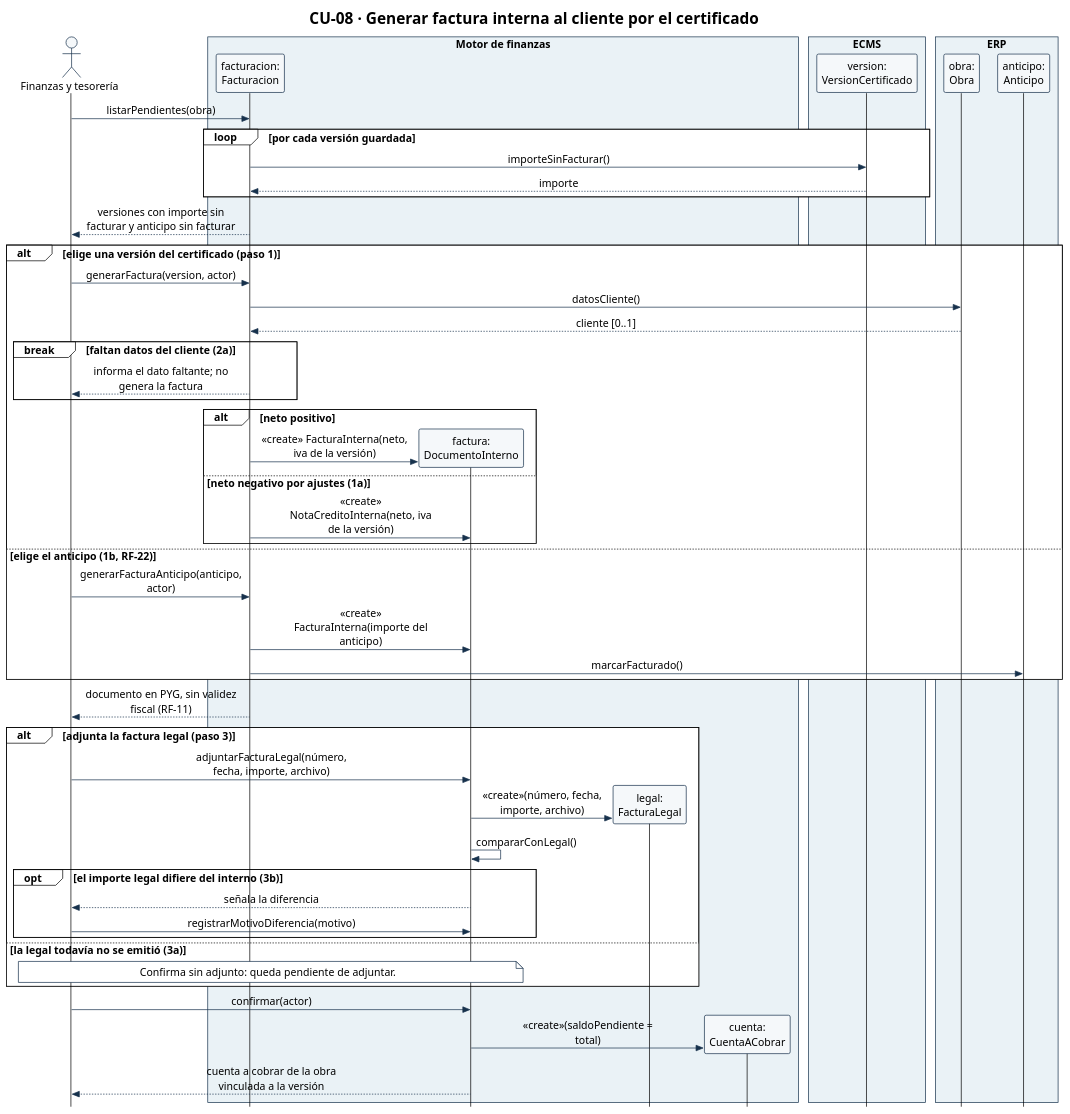
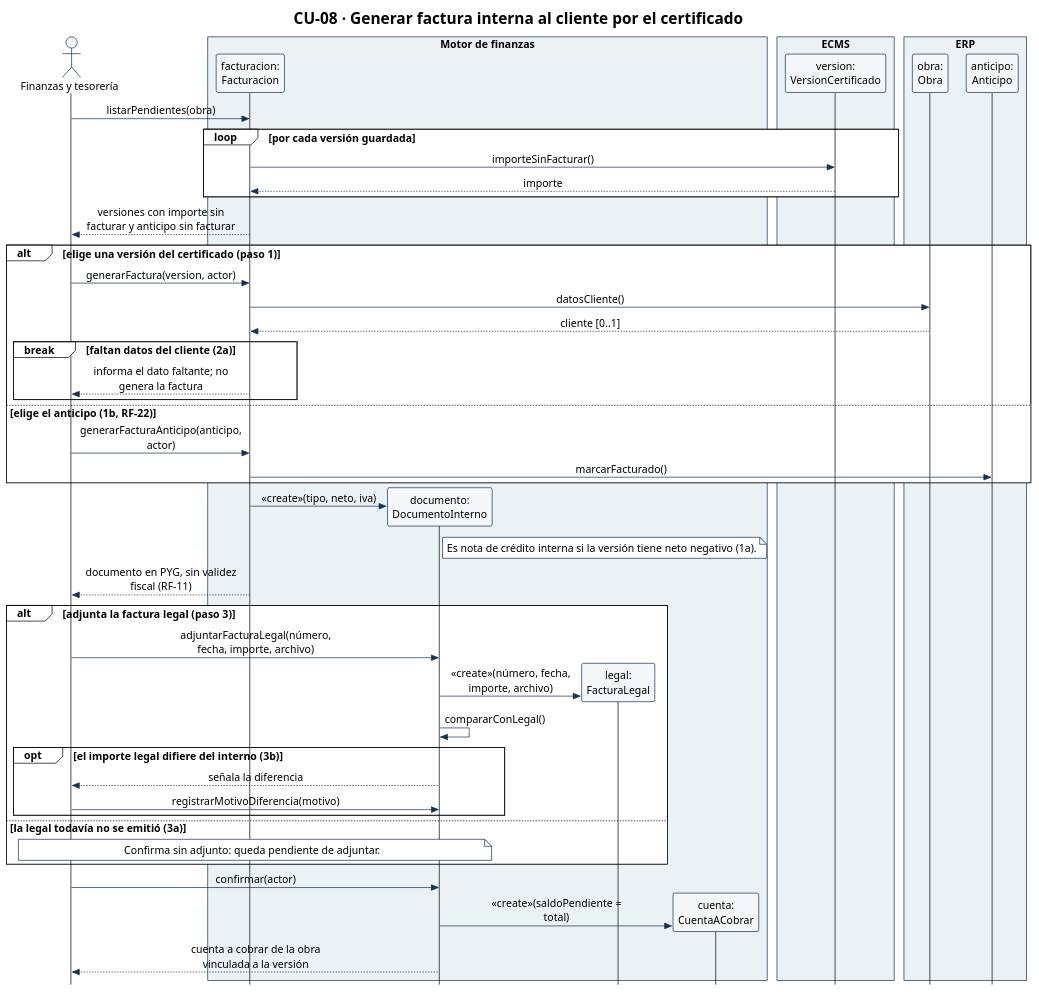
Before and after one commit to Ssrrb/tpf-uca: the diagram in diagramas/CU-08-secuencia.puml, drawn with PlantUML. The commit also changed 9 other files, not shown here.

```diff
--- a/diagramas/CU-08-secuencia.puml
+++ b/diagramas/CU-08-secuencia.puml
@@ -1,83 +1,81 @@
 @startuml
 !theme plain
 skinparam style strictuml
 skinparam shadowing false
 skinparam defaultFontName Arial
 skinparam defaultFontSize 15
 skinparam sequenceMessageAlign center
 skinparam maxMessageSize 220
 skinparam ParticipantPadding 8
 skinparam BoxPadding 6
 skinparam ParticipantBackgroundColor #F5F8FA
 skinparam ParticipantBorderColor #17324D
 skinparam ActorBorderColor #17324D
 skinparam ActorBackgroundColor #F5F8FA
 skinparam ArrowColor #17324D
 skinparam SequenceBoxBorderColor #17324D
 skinparam note {
   BackgroundColor #FFFFFF
   BorderColor #17324D
 }
 hide footbox
 title CU-08 · Generar factura interna al cliente por el certificado
 actor "Finanzas y tesorería" as Fin
 box "Motor de finanzas" #EAF2F6
 participant "facturacion:\nFacturacion" as Fac
-participant "factura:\nDocumentoInterno" as Doc
+participant "documento:\nDocumentoInterno" as Doc
 participant "legal:\nFacturaLegal" as Leg
 participant "cuenta:\nCuentaACobrar" as CxC
 end box
 box "ECMS" #EAF2F6
 participant "version:\nVersionCertificado" as V
 end box
 box "ERP" #EAF2F6
 participant "obra:\nObra" as Obra
 participant "anticipo:\nAnticipo" as Ant
 end box
 
 Fin -> Fac: listarPendientes(obra)
 loop por cada versión guardada
   Fac -> V: importeSinFacturar()
   V --> Fac: importe
 end
 Fac --> Fin: versiones con importe sin facturar y anticipo sin facturar
 
 alt elige una versión del certificado (paso 1)
   Fin -> Fac: generarFactura(version, actor)
   Fac -> Obra: datosCliente()
   Obra --> Fac: cliente [0..1]
   break faltan datos del cliente (2a)
     Fac --> Fin: informa el dato faltante; no genera la factura
   end
-  alt neto positivo
-    create Doc
-    Fac -> Doc: «create» FacturaInterna(neto, iva de la versión)
-  else neto negativo por ajustes (1a)
-    Fac -> Doc: «create» NotaCreditoInterna(neto, iva de la versión)
-  end
 else elige el anticipo (1b, RF-22)
   Fin -> Fac: generarFacturaAnticipo(anticipo, actor)
-  Fac -> Doc: «create» FacturaInterna(importe del anticipo)
   Fac -> Ant: marcarFacturado()
 end
+create Doc
+Fac -> Doc: «create»(tipo, neto, iva)
+note right of Doc
+  Es nota de crédito interna si la versión tiene neto negativo (1a).
+end note
 Fac --> Fin: documento en PYG, sin validez fiscal (RF-11)
 
 alt adjunta la factura legal (paso 3)
   Fin -> Doc: adjuntarFacturaLegal(número, fecha, importe, archivo)
   create Leg
   Doc -> Leg: «create»(número, fecha, importe, archivo)
   Doc -> Doc: compararConLegal()
   opt el importe legal difiere del interno (3b)
     Doc --> Fin: señala la diferencia
     Fin -> Doc: registrarMotivoDiferencia(motivo)
   end
 else la legal todavía no se emitió (3a)
   note over Fin, Doc
     Confirma sin adjunto: queda pendiente de adjuntar.
   end note
 end
 Fin -> Doc: confirmar(actor)
 create CxC
 Doc -> CxC: «create»(saldoPendiente = total)
 Doc --> Fin: cuenta a cobrar de la obra vinculada a la versión
 @enduml
```
